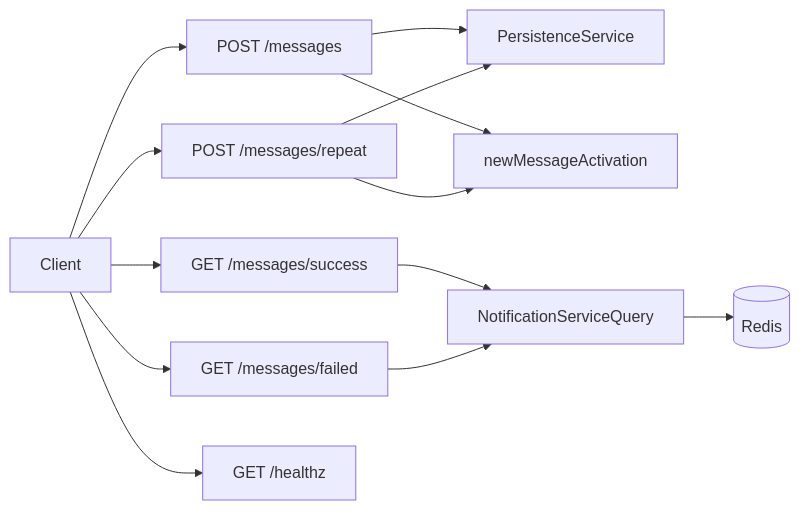
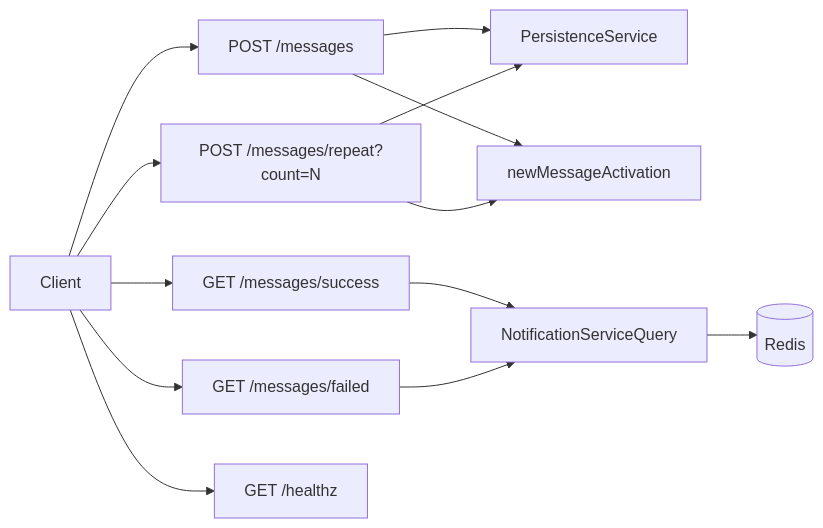
The diagram in plans/REST_API.md (nitzanshinnies/nitzan_shinnies_inspectio_exercise), drawn with Mermaid before and after one commit. The commit also changed other lines of this file and 10 other files, not shown here.

First line of the commit message:
fix(api): POST /messages/repeat?count=N with body reused N times (exercise spec)

````diff
--- a/plans/REST_API.md
+++ b/plans/REST_API.md
@@ -192,17 +193,17 @@
 ```mermaid
 flowchart LR
   Client[Client] --> PostMsg[POST /messages]
-  Client --> Repeat[POST /messages/repeat]
+  Client --> Repeat[POST /messages/repeat?count=N]
   Client --> GetSuccess[GET /messages/success]
   Client --> GetFailed[GET /messages/failed]
   Client --> Health[GET /healthz]
 
   PostMsg --> Persist[PersistenceService]
   PostMsg --> Activate[newMessageActivation]
   Repeat --> Persist
   Repeat --> Activate
 
   GetSuccess --> NotifyQ[NotificationServiceQuery]
   GetFailed --> NotifyQ
   NotifyQ --> Redis[(Redis)]
 ```
````
